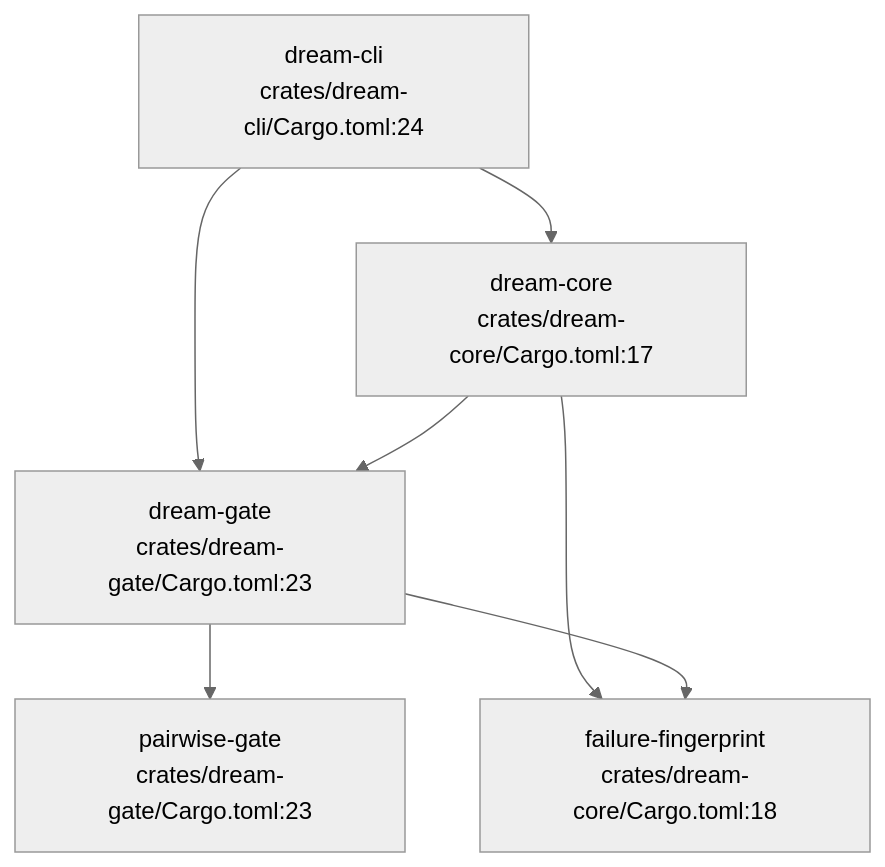
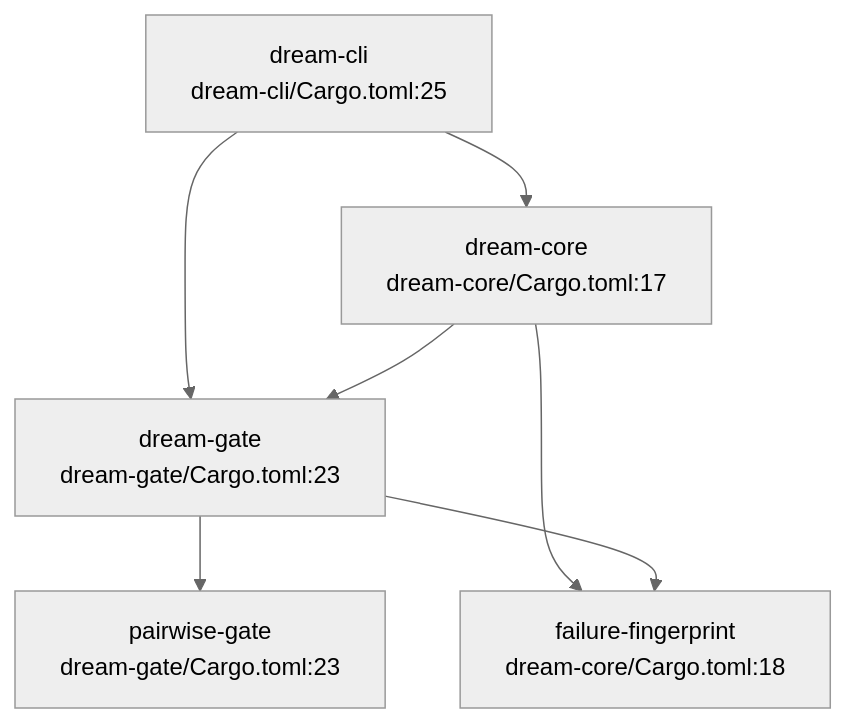
One commit to DreamLab-AI/dream-engine changed the first of 2 diagrams in docs/diagrams/crates/01-crate-dependency-dag-and-the-licence-boundary.md. Above: the diagram before and after it, drawn with Mermaid (neutral theme). The commit also changed other lines of this file and 11 other files, not shown here.

Commit message:
docs: reconcile all dream-engine diagrams with current source contracts

````diff
--- a/docs/diagrams/crates/01-crate-dependency-dag-and-the-licence-boundary.md
+++ b/docs/diagrams/crates/01-crate-dependency-dag-and-the-licence-boundary.md
@@ -44,9 +39,9 @@
 ```mermaid
 flowchart TB
-    CLI["dream-cli<br/>crates/dream-cli/Cargo.toml:24"] --> CORE["dream-core<br/>crates/dream-core/Cargo.toml:17"]
-    CLI --> GATE["dream-gate<br/>crates/dream-gate/Cargo.toml:23"]
+    CLI["dream-cli<br/>dream-cli/Cargo.toml:25"] --> CORE["dream-core<br/>dream-core/Cargo.toml:17"]
+    CLI --> GATE["dream-gate<br/>dream-gate/Cargo.toml:23"]
     CORE --> GATE
-    CORE --> FF["failure-fingerprint<br/>crates/dream-core/Cargo.toml:18"]
-    GATE --> PW["pairwise-gate<br/>crates/dream-gate/Cargo.toml:23"]
+    CORE --> FF["failure-fingerprint<br/>dream-core/Cargo.toml:18"]
+    GATE --> PW["pairwise-gate<br/>dream-gate/Cargo.toml:23"]
     GATE --> FF
 ```
````
